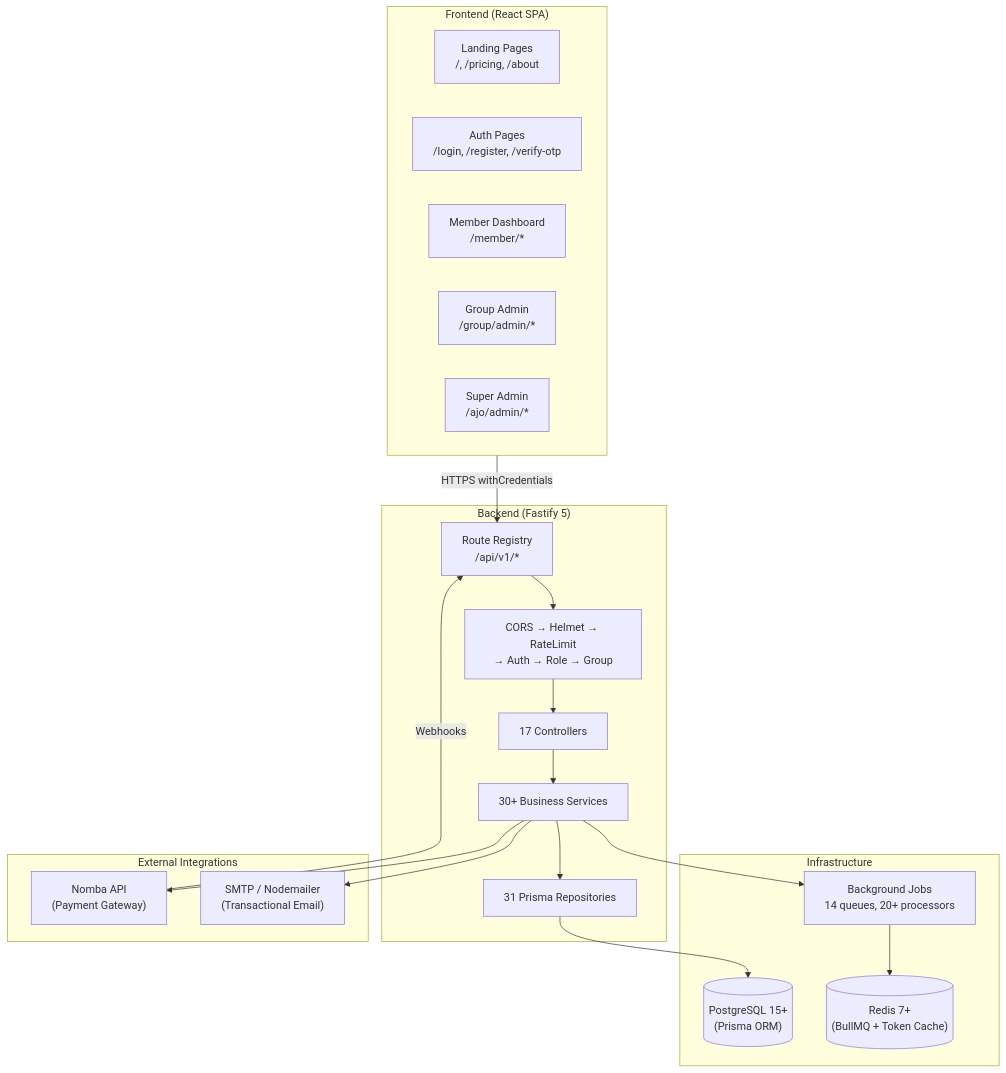
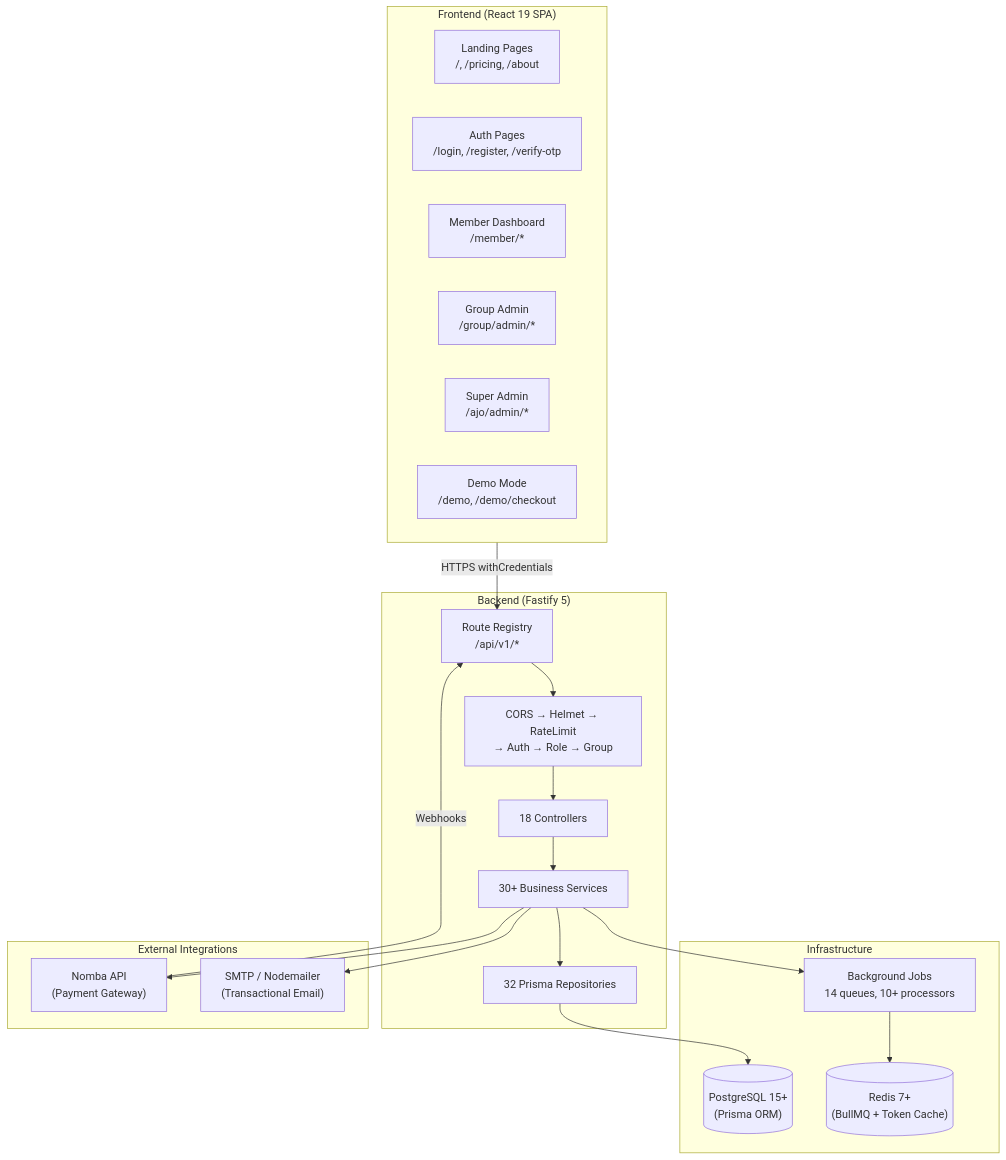
The first of 4 diagrams in README.md (oyinlola-tech/kolo-nomba), drawn with Mermaid before and after one commit. The commit also changed other lines of this file and 7 other files, not shown here.

Commit message:
docs: rewrite demo-guide, update frontend-architecture, README, and all version references to match current codebase

````diff
--- a/README.md
+++ b/README.md
@@ -35,41 +52,42 @@
 ```mermaid
 flowchart TB
-    subgraph Frontend["Frontend (React SPA)"]
+    subgraph Frontend["Frontend (React 19 SPA)"]
         Landing["Landing Pages\n/, /pricing, /about"]
         Auth["Auth Pages\n/login, /register, /verify-otp"]
         Member["Member Dashboard\n/member/*"]
         GroupAdmin["Group Admin\n/group/admin/*"]
         SuperAdmin["Super Admin\n/ajo/admin/*"]
+        Demo["Demo Mode\n/demo, /demo/checkout"]
     end
 
     subgraph Backend["Backend (Fastify 5)"]
         Router["Route Registry\n/api/v1/*"]
         Middleware["CORS → Helmet → RateLimit\n→ Auth → Role → Group"]
-        Controllers["17 Controllers"]
+        Controllers["18 Controllers"]
         Services["30+ Business Services"]
-        Repositories["31 Prisma Repositories"]
+        Repositories["32 Prisma Repositories"]
     end
 
     subgraph Infrastructure["Infrastructure"]
         PG[("PostgreSQL 15+\n(Prisma ORM)")]
         Redis[("Redis 7+\n(BullMQ + Token Cache)")]
-        Jobs["Background Jobs\n14 queues, 20+ processors"]
+        Jobs["Background Jobs\n14 queues, 10+ processors"]
     end
 
     subgraph External["External Integrations"]
         Nomba["Nomba API\n(Payment Gateway)"]
         Email["SMTP / Nodemailer\n(Transactional Email)"]
     end
 
     Frontend -->|HTTPS withCredentials| Router
     Router --> Middleware
     Middleware --> Controllers
     Controllers --> Services
     Services --> Repositories
     Services --> Jobs
     Repositories --> PG
     Jobs --> Redis
     Services --> Nomba
     Services --> Email
     Nomba -->|Webhooks| Router
 ```
````
